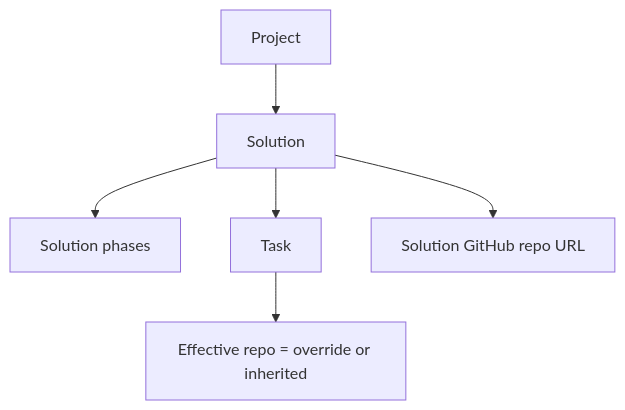
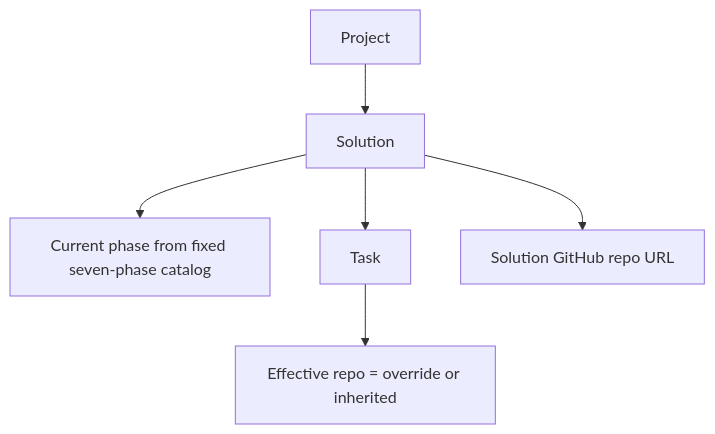
The third of 4 diagrams in docs/data-dictionary.md (lukegob10/sipm), drawn with Mermaid before and after one commit. The commit also changed other lines of this file and 32 other files, not shown here.

Commit message:
Simplify solution workflow to seven phases

````diff
--- a/docs/data-dictionary.md
+++ b/docs/data-dictionary.md
@@ -680,8 +693,8 @@
 ```mermaid
 flowchart TD
   Project["Project"] --> Solution["Solution"]
-  Solution --> PhaseConfig["Solution phases"]
+  Solution --> CurrentPhase["Current phase from fixed seven-phase catalog"]
   Solution --> Task["Task"]
   Solution --> Repo["Solution GitHub repo URL"]
   Task --> EffectiveRepo["Effective repo = override or inherited"]
 ```
````
